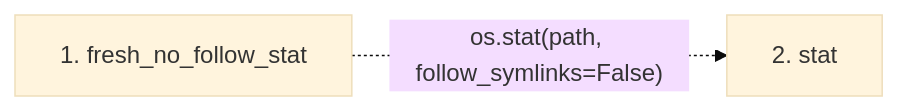
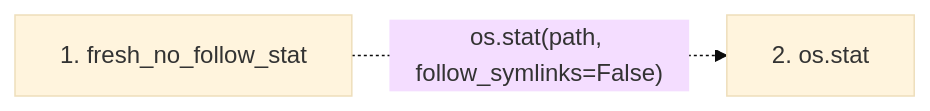
Before and after one commit to Denissvgn/python-wiki-llm: the second of 2 diagrams in docs/llm_wiki/flows/api-fresh_no_follow_stat.md, drawn with Mermaid (base theme). The commit also changed other lines of this file and 719 other files, not shown here.

````diff
--- a/docs/llm_wiki/flows/api-fresh_no_follow_stat.md
+++ b/docs/llm_wiki/flows/api-fresh_no_follow_stat.md
@@ -20,7 +20,7 @@
 ```mermaid
 flowchart LR
     s1["1. fresh_no_follow_stat"]
-    s2["2. stat"]
+    s2["2. os.stat"]
     s1 -. "os.stat(path, follow_symlinks=False)" .-> s2
     click s1 "../modules/filesystem_guard.md"
 ```
````
